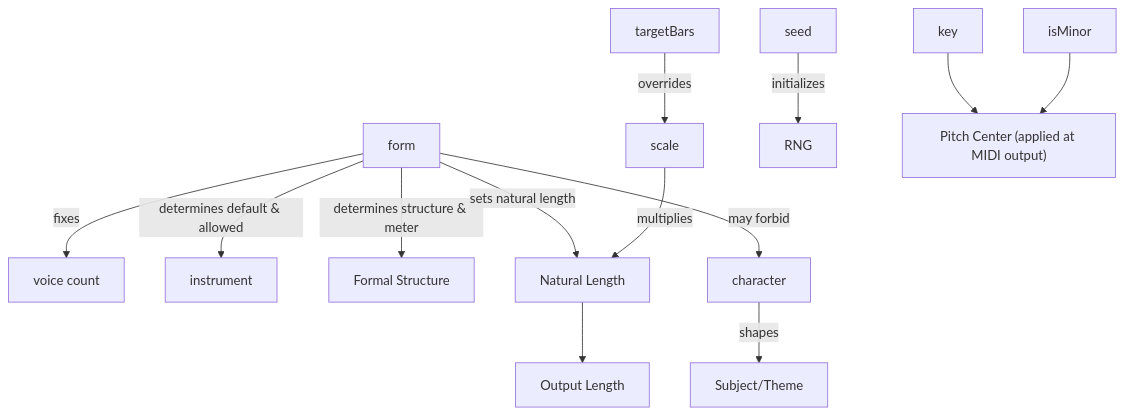
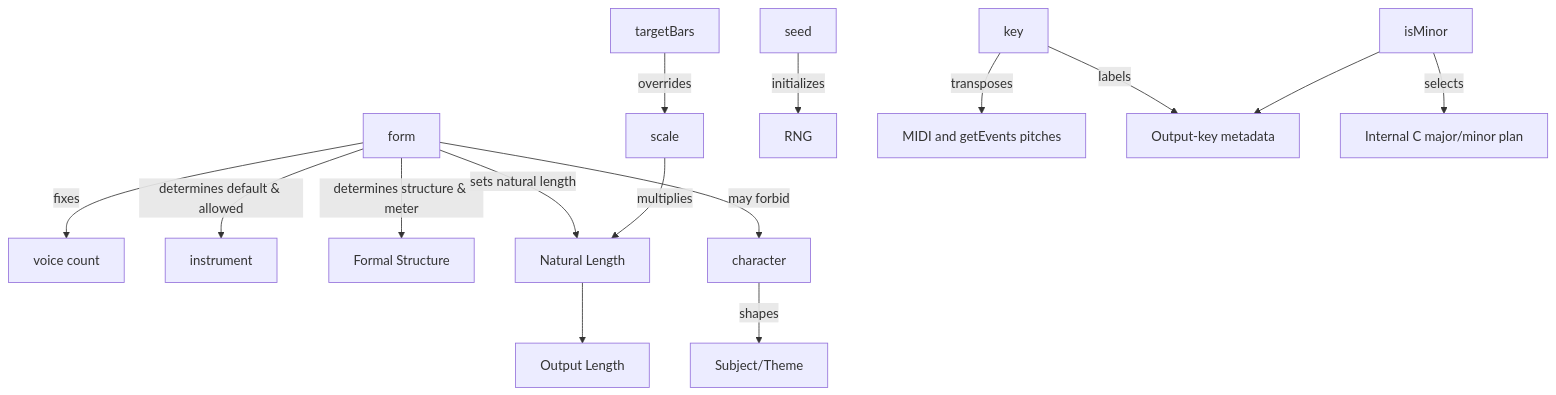
One commit to libraz/midi-sketch-bach-homepage changed the first of 2 diagrams in src/docs/option-relationships.md. Above: the diagram before and after it, drawn with Mermaid. The commit also changed other lines of this file and 43 other files, not shown here.

````diff
--- a/src/docs/option-relationships.md
+++ b/src/docs/option-relationships.md
@@ -16,15 +16,17 @@
 ```mermaid
 graph TD
     A["form"] -->|"fixes"| C["voice count"]
     A -->|"determines default & allowed"| B["instrument"]
     A -->|"determines structure & meter"| E["Formal Structure"]
     A -->|"sets natural length"| P["Natural Length"]
     F["scale"] -->|"multiplies"| P
     P --> G["Output Length"]
     H["targetBars"] -->|"overrides"| F
     I["seed"] -->|"initializes"| J["RNG"]
-    K["key"] --> L["Pitch Center (applied at MIDI output)"]
-    M["isMinor"] --> L
+    K["key"] -->|"transposes"| L["MIDI and getEvents pitches"]
+    K -->|"labels"| Q["Output-key metadata"]
+    M["isMinor"] -->|"selects"| R["Internal C major/minor plan"]
+    M --> Q
     N["character"] -->|"shapes"| O["Subject/Theme"]
     A -->|"may forbid"| N
 ```
````
